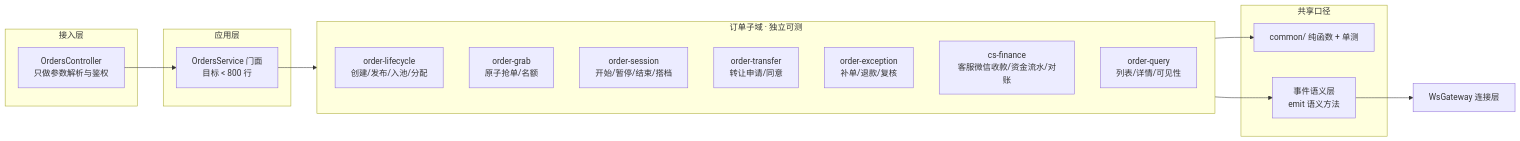
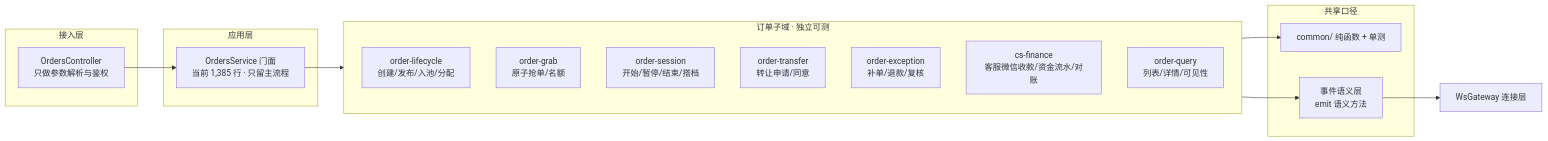
Before and after one commit to opsvr-ai/game-workspace: the second of 3 diagrams in docs/PLATFORM-DESIGN.md, drawn with Mermaid. The commit also changed other lines of this file and 5 other files, not shown here.

````diff
--- a/docs/PLATFORM-DESIGN.md
+++ b/docs/PLATFORM-DESIGN.md
@@ -110,27 +110,27 @@
 ```mermaid
 flowchart LR
   subgraph HTTP[接入层]
     OC[OrdersController<br/>只做参数解析与鉴权]
   end
   subgraph APP[应用层]
-    OF[OrdersService 门面<br/>目标 < 800 行]
+    OF[OrdersService 门面<br/>当前 1,385 行 · 只留主流程]
   end
   subgraph DOMAIN[订单子域 · 独立可测]
     LC[order-lifecycle<br/>创建/发布/入池/分配]
     GR[order-grab<br/>原子抢单/名额]
     SE[order-session<br/>开始/暂停/结束/搭档]
     TR[order-transfer<br/>转让申请/同意]
     EX[order-exception<br/>补单/退款/复核]
     CF[cs-finance<br/>客服微信收款/资金流水/对账]
     QR[order-query<br/>列表/详情/可见性]
   end
   subgraph SHARED[共享口径]
     CM[common/ 纯函数 + 单测]
     EV[事件语义层<br/>emit 语义方法]
   end
   OC --> OF
   OF --> DOMAIN
   DOMAIN --> CM
   DOMAIN --> EV
   EV --> WS[WsGateway 连接层]
 ```
````
